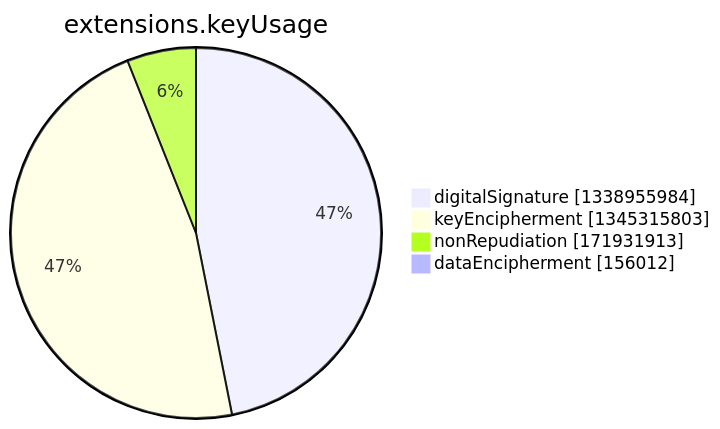
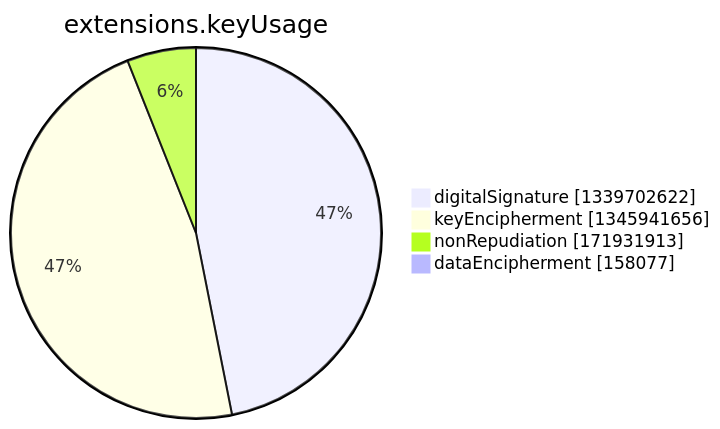
Before and after one commit to christiankrug/ctmonitor_visualization: the seventh of 15 diagrams in argon2022/README.md, drawn with Mermaid. The commit also changed other lines of this file, not shown here.

````diff
--- a/argon2022/README.md
+++ b/argon2022/README.md
@@ -2750,8 +2750,8 @@
 ```mermaid
 pie showData
 title extensions.keyUsage
-"digitalSignature" :1338955984
-"keyEncipherment" :1345315803
+"digitalSignature" :1339702622
+"keyEncipherment" :1345941656
 "nonRepudiation" :171931913
-"dataEncipherment" :156012
+"dataEncipherment" :158077
 ```
````
